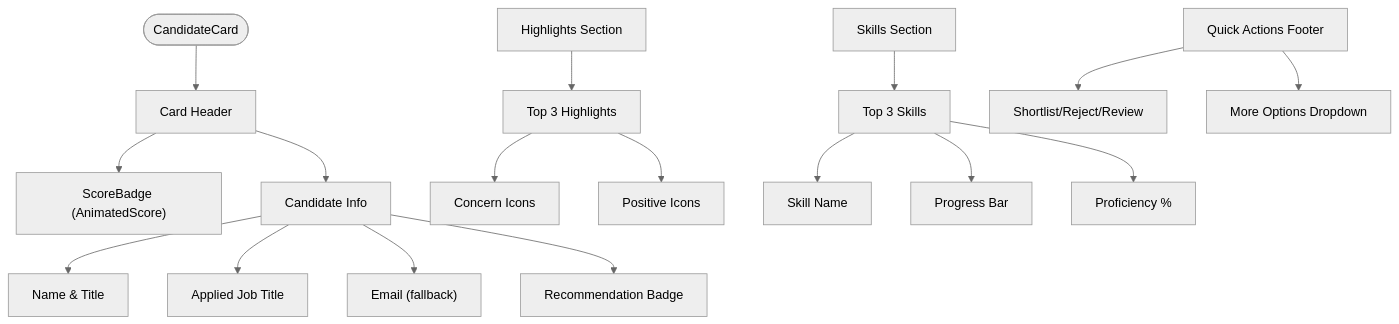
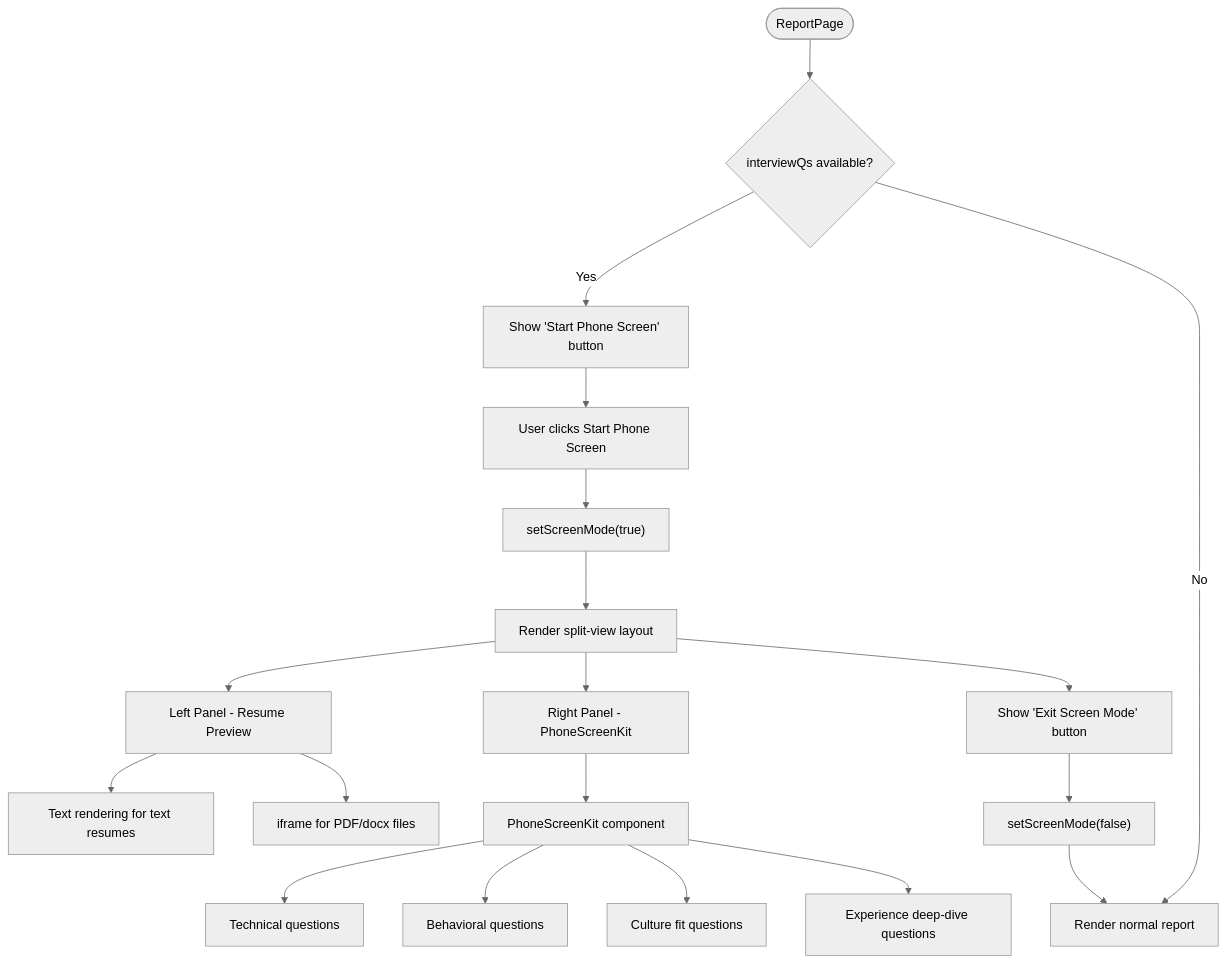
One commit to Revanththetalogics/aireume changed the third of 29 diagrams in .qoder/repowiki/en/content/Frontend Architecture/Frontend Architecture.md. Above: the diagram before and after it, drawn with Mermaid (neutral theme). The commit also changed other lines of this file and 7 other files, not shown here.

Commit message:
refactor: remove redundant screen kit from report, auto-hide empty scorecard

````diff
--- a/.qoder/repowiki/en/content/Frontend Architecture/Frontend Architecture.md
+++ b/.qoder/repowiki/en/content/Frontend Architecture/Frontend Architecture.md
@@ -621,19 +518,21 @@
 ```mermaid
 flowchart TD
-Start(["CandidateCard"]) --> Header["Card Header"]
-Header --> ScoreBadge["ScoreBadge (AnimatedScore)"]
-Header --> Info["Candidate Info"]
-Info --> Name["Name & Title"]
-Info --> JobTitle["Applied Job Title"]
-Info --> Email["Email (fallback)"]
-Info --> RecBadge["Recommendation Badge"]
-Highlights["Highlights Section"] --> Top3["Top 3 Highlights"]
-Top3 --> Concern["Concern Icons"]
-Top3 --> Positive["Positive Icons"]
-Skills["Skills Section"] --> Top3Skills["Top 3 Skills"]
-Top3Skills --> SkillName["Skill Name"]
-Top3Skills --> SkillBar["Progress Bar"]
-Top3Skills --> Proficiency["Proficiency %"]
-Footer["Quick Actions Footer"] --> StatusButtons["Shortlist/Reject/Review"]
-Footer --> MoreDropdown["More Options Dropdown"]
+Start(["ReportPage"]) --> CheckInterviewQs{"interviewQs available?"}
+CheckInterviewQs --> |Yes| ShowStartBtn["Show 'Start Phone Screen' button"]
+CheckInterviewQs --> |No| NormalView["Render normal report"]
+ShowStartBtn --> ClickStart["User clicks Start Phone Screen"]
+ClickStart --> SetScreenMode["setScreenMode(true)"]
+SetScreenMode --> RenderSplitView["Render split-view layout"]
+RenderSplitView --> LeftPanel["Left Panel - Resume Preview"]
+RenderSplitView --> RightPanel["Right Panel - PhoneScreenKit"]
+LeftPanel --> ResumeText["Text rendering for text resumes"]
+LeftPanel --> ResumeIframe["iframe for PDF/docx files"]
+RightPanel --> PhoneScreenKit["PhoneScreenKit component"]
+PhoneScreenKit --> Technical["Technical questions"]
+PhoneScreenKit --> Behavioral["Behavioral questions"]
+PhoneScreenKit --> CultureFit["Culture fit questions"]
+PhoneScreenKit --> DeepDive["Experience deep-dive questions"]
+RenderSplitView --> ExitBtn["Show 'Exit Screen Mode' button"]
+ExitBtn --> ExitScreenMode["setScreenMode(false)"]
+ExitScreenMode --> NormalView
 ```
````
